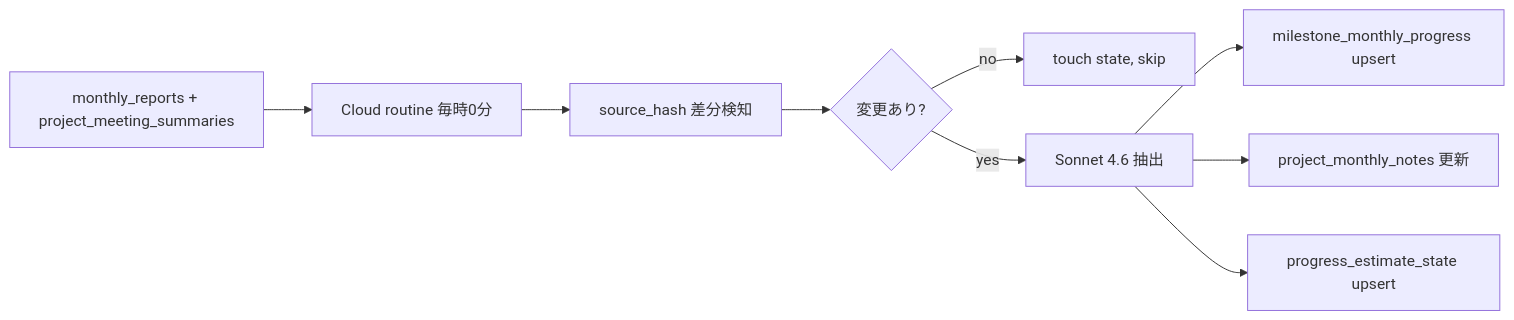
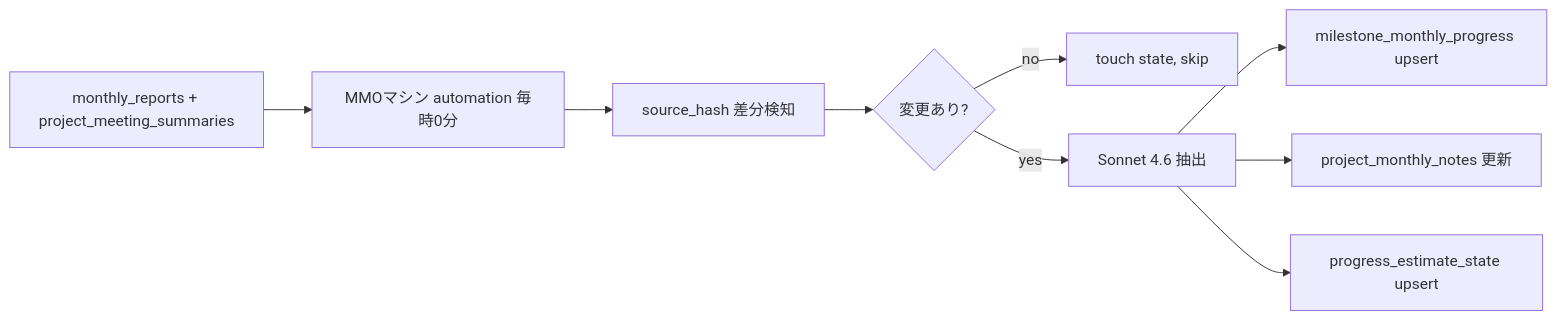
One commit to masa-teamarmada/amd-os changed the first of 3 diagrams in pwa/manual/4-8-ms-progress-monthly-report-revision-spec.md. Above: the diagram before and after it, drawn with Mermaid. The commit also changed other lines of this file and 71 other files, not shown here.

````diff
--- a/pwa/manual/4-8-ms-progress-monthly-report-revision-spec.md
+++ b/pwa/manual/4-8-ms-progress-monthly-report-revision-spec.md
@@ -33,11 +33,11 @@
 ```mermaid
 flowchart LR
-  A[monthly_reports + project_meeting_summaries] --> B[Cloud routine 毎時0分]
+  A[monthly_reports + project_meeting_summaries] --> B[MMOマシン automation 毎時0分]
   B --> C[source_hash 差分検知]
   C --> D{変更あり?}
   D -->|no| E[touch state, skip]
   D -->|yes| F[Sonnet 4.6 抽出]
   F --> G[milestone_monthly_progress upsert]
   F --> H[project_monthly_notes 更新]
   F --> I[progress_estimate_state upsert]
 ```
````
